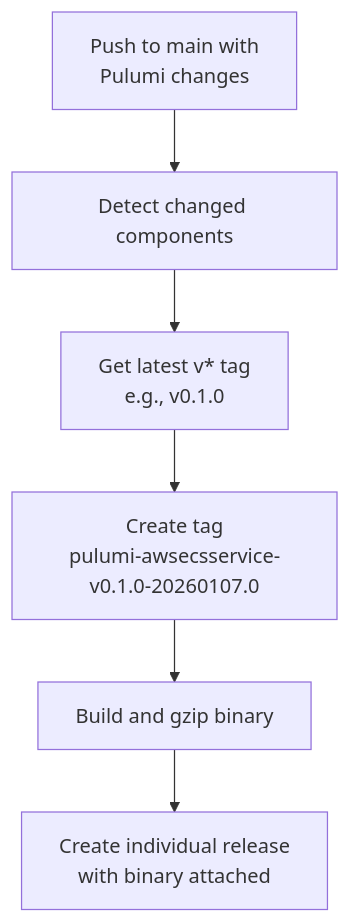
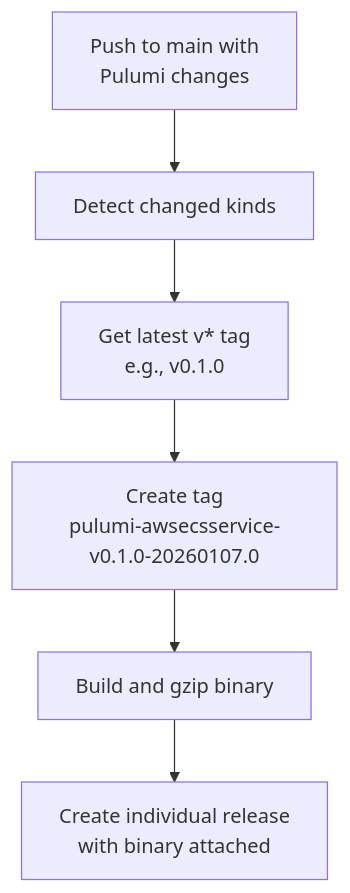
The second of 2 diagrams in _changelog/2026-01/2026-01-07-161545-unified-release-workflow-architecture.md (plantonhq/planton), drawn with Mermaid before and after one commit. The commit also changed other lines of this file and 19058 other files, not shown here.

````diff
--- a/_changelog/2026-01/2026-01-07-161545-unified-release-workflow-architecture.md
+++ b/_changelog/2026-01/2026-01-07-161545-unified-release-workflow-architecture.md
@@ -148,8 +148,8 @@
 ```mermaid
 flowchart TB
-    A[Push to main with<br/>Pulumi changes] --> B[Detect changed components]
+    A[Push to main with<br/>Pulumi changes] --> B[Detect changed kinds]
     B --> C[Get latest v* tag<br/>e.g., v0.1.0]
     C --> D[Create tag<br/>pulumi-awsecsservice-v0.1.0-20260107.0]
     D --> E[Build and gzip binary]
     E --> F[Create individual release<br/>with binary attached]
 ```
````
